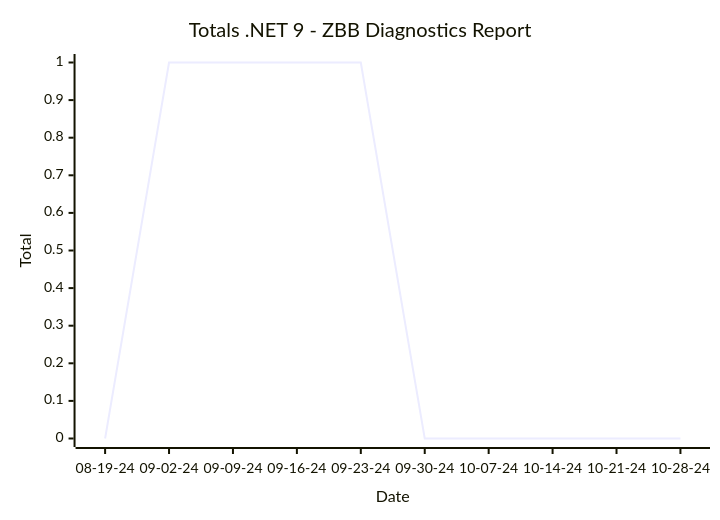
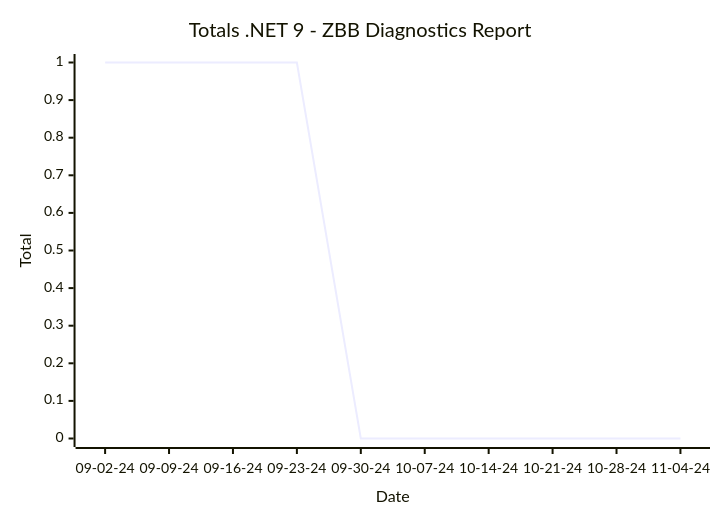
Before and after one commit to hoyosjs/gh-issue-tracker: the second of 2 diagrams in reports/README.md, drawn with Mermaid. The commit also changed other lines of this file and 4 other files, not shown here.

````diff
--- a/reports/README.md
+++ b/reports/README.md
@@ -24,7 +24,7 @@
 ```mermaid
 xychart-beta
   title "Totals .NET 9 - ZBB Diagnostics Report"
-  x-axis "Date" ["08-19-24", "09-02-24", "09-09-24", "09-16-24", "09-23-24", "09-30-24", "10-07-24", "10-14-24", "10-21-24", "10-28-24"]
+  x-axis "Date" ["09-02-24", "09-09-24", "09-16-24", "09-23-24", "09-30-24", "10-07-24", "10-14-24", "10-21-24", "10-28-24", "11-04-24"]
   y-axis "Total"
-  line [0, 1, 1, 1, 1, 0, 0, 0, 0, 0]
+  line [1, 1, 1, 1, 0, 0, 0, 0, 0, 0]
 ```
````
